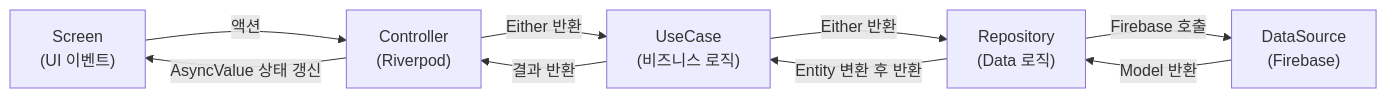
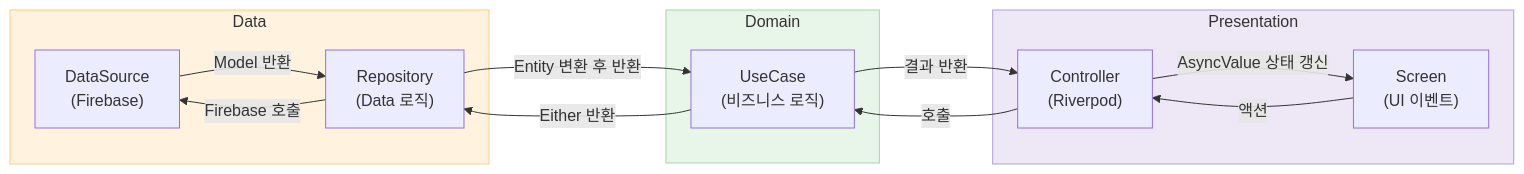
Before and after one commit to SNMac/StudioChance: the second of 3 diagrams in README.md, drawn with Mermaid. The commit also changed other lines of this file, not shown here.

````diff
--- a/README.md
+++ b/README.md
@@ -78,17 +88,30 @@
 ```mermaid
 flowchart LR
-    UI["Screen<br>(UI 이벤트)"]
-    Controller["Controller<br>(Riverpod)"]
-    UseCase["UseCase<br>(비즈니스 로직)"]
-    Repository["Repository<br>(Data 로직)"]
-    DataSource["DataSource<br>(Firebase)"]
+    subgraph Data["Data"]
+        DataSource["DataSource<br>(Firebase)"]
+        Repository["Repository<br>(Data 로직)"]
+    end
 
-    UI -->|"액션"| Controller
-    Controller -->|"Either 반환"| UseCase
-    UseCase -->|"Either 반환"| Repository
-    Repository -->|"Firebase 호출"| DataSource
+    subgraph Domain["Domain"]
+        UseCase["UseCase<br>(비즈니스 로직)"]
+    end
+
+    subgraph Presentation["Presentation"]
+        Controller["Controller<br>(Riverpod)"]
+        UI["Screen<br>(UI 이벤트)"]
+    end
+
     DataSource -->|"Model 반환"| Repository
     Repository -->|"Entity 변환 후 반환"| UseCase
     UseCase -->|"결과 반환"| Controller
     Controller -->|"AsyncValue 상태 갱신"| UI
+
+    UI -->|"액션"| Controller
+    Controller -->|"호출"| UseCase
+    UseCase -->|"Either 반환"| Repository
+    Repository -->|"Firebase 호출"| DataSource
+
+    style Data fill:#FFF3E0,stroke:#FFCC80
+    style Domain fill:#E8F5E9,stroke:#A5D6A7
+    style Presentation fill:#EDE7F6,stroke:#B39DDB
 ```
````
